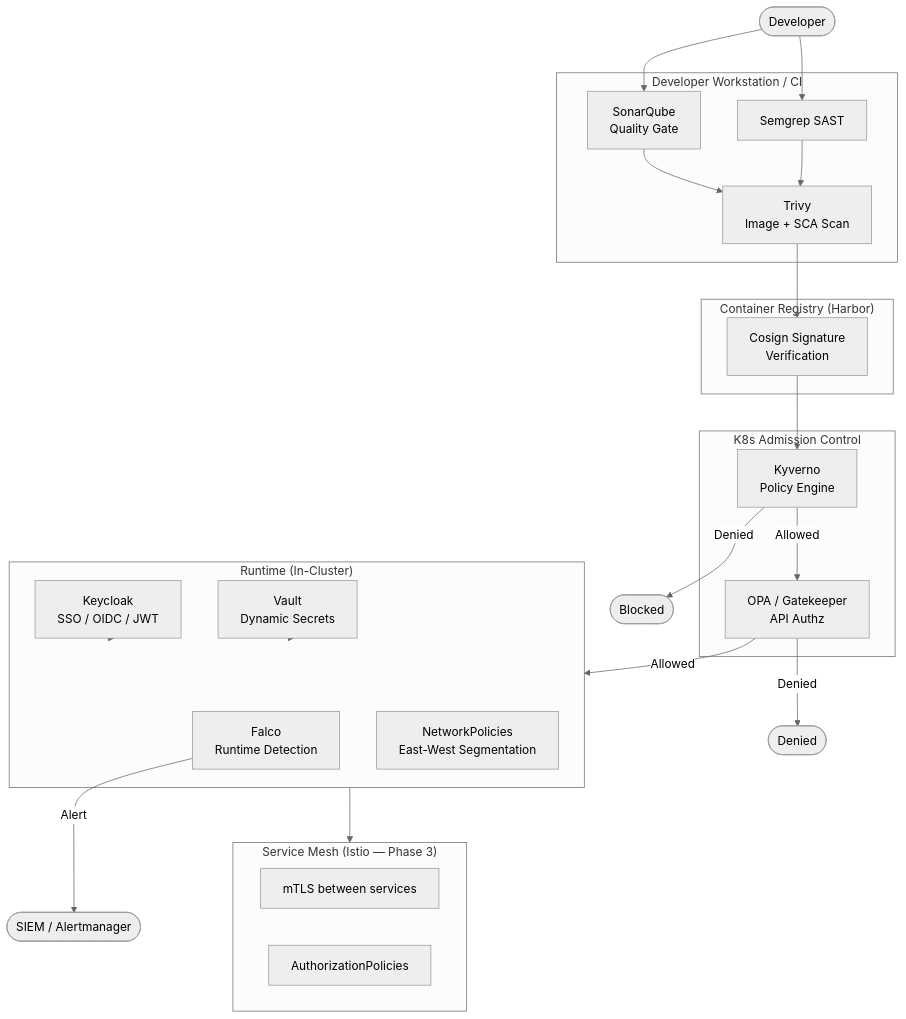
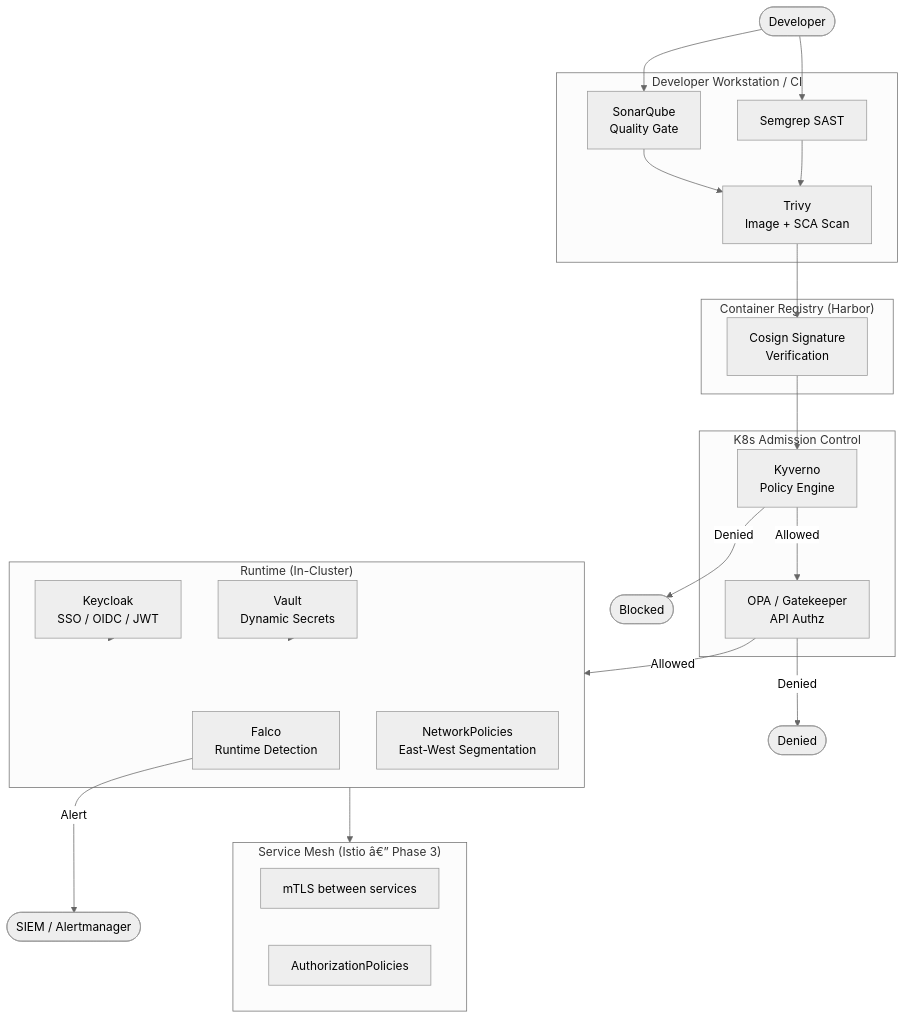
One commit to prabhat-roy/ShopOS changed the diagram in security/README.md. Above: the diagram before and after it, drawn with Mermaid (neutral theme). The commit also changed other lines of this file and 403 other files, not shown here.

````diff
--- a/security/README.md
+++ b/security/README.md
@@ -31,39 +31,39 @@
 ```mermaid
 flowchart TB
     subgraph Dev["Developer Workstation / CI"]
         SG[Semgrep SAST]
         TR[Trivy\nImage + SCA Scan]
         SQ[SonarQube\nQuality Gate]
     end
 
     subgraph Registry["Container Registry (Harbor)"]
         CS[Cosign Signature\nVerification]
     end
 
     subgraph Admission["K8s Admission Control"]
         KY[Kyverno\nPolicy Engine]
         OPA[OPA / Gatekeeper\nAPI Authz]
     end
 
     subgraph Runtime["Runtime (In-Cluster)"]
         FA[Falco\nRuntime Detection]
         NP[NetworkPolicies\nEast-West Segmentation]
         VT[Vault\nDynamic Secrets]
         KC[Keycloak\nSSO / OIDC / JWT]
     end
 
-    subgraph Mesh["Service Mesh (Istio — Phase 3)"]
+    subgraph Mesh["Service Mesh (Istio â€” Phase 3)"]
         MTLS[mTLS between services]
         AZ[AuthorizationPolicies]
     end
 
     DEV([Developer]) --> SG & SQ
     SG & SQ --> TR --> CS --> KY
     KY -->|Allowed| OPA -->|Allowed| Runtime
     KY -->|Denied| BLOCK1([Blocked])
     OPA -->|Denied| BLOCK2([Denied])
     VT --> Runtime
     KC --> Runtime
     Runtime --> Mesh
     FA -->|Alert| SIEM([SIEM / Alertmanager])
 ```
````
